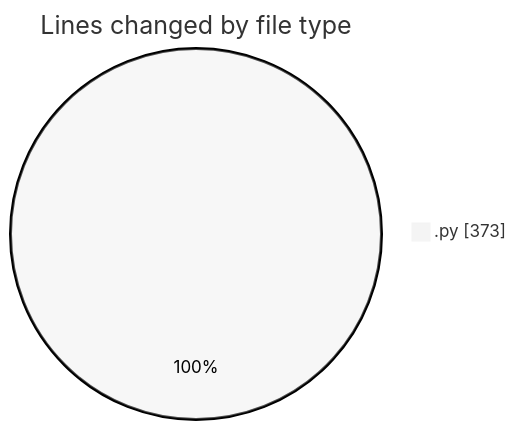
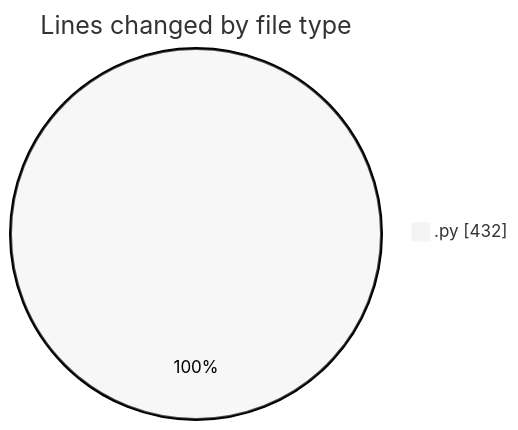
Before and after one commit to MatusMokan/code-tracking: the first of 2 diagrams in 2025-03-08/myws__workspace_/README.md, drawn with Mermaid (neutral theme). The commit also changed other lines of this file and 1 other file, not shown here.

````diff
--- a/2025-03-08/myws__workspace_/README.md
+++ b/2025-03-08/myws__workspace_/README.md
@@ -20,5 +20,5 @@
 ```mermaid
 pie showData
 title Lines changed by file type
-".py" : 373
+".py" : 432
 ```
````
